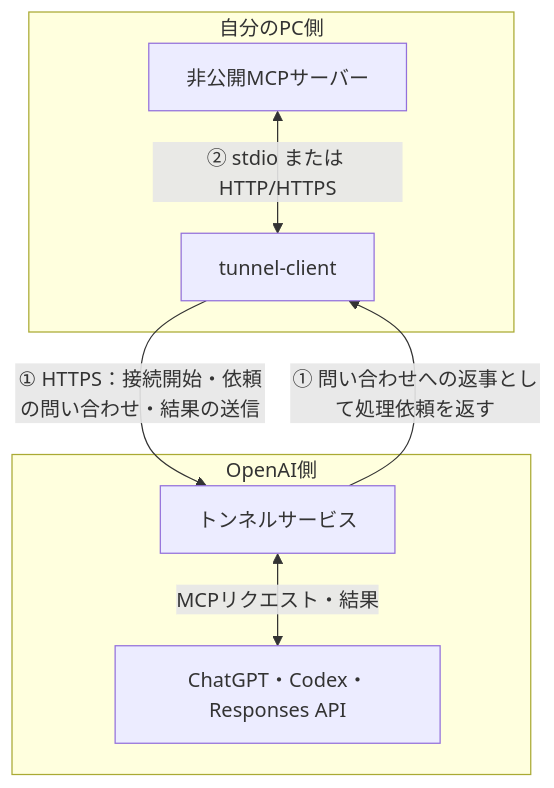
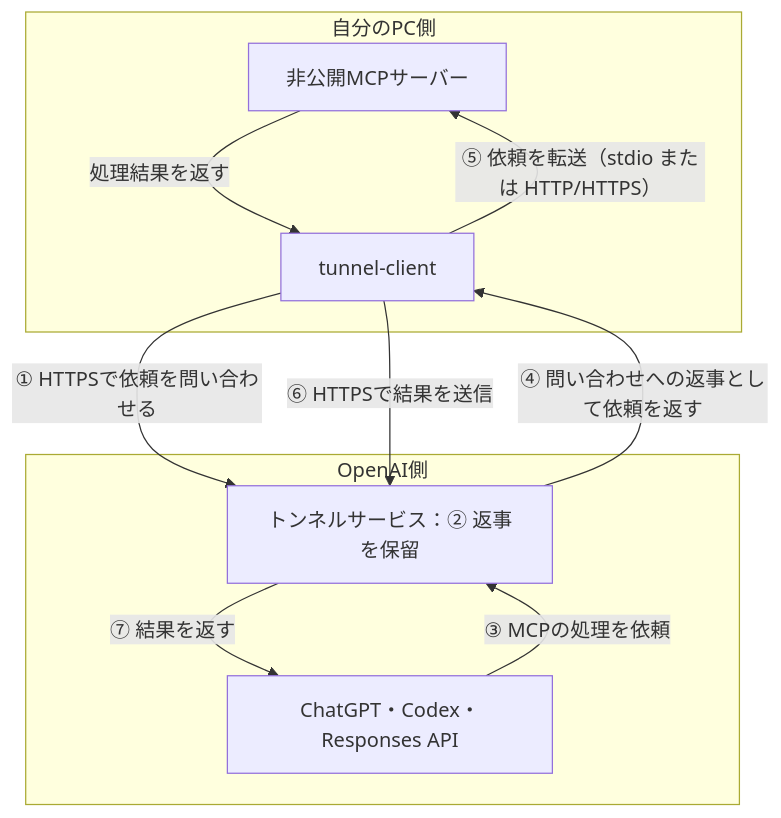
One commit to kkoch5t2/zenn-contents changed the first of 4 diagrams in articles/openai-secure-mcp-tunnel.md. Above: the diagram before and after it, drawn with Mermaid. The commit also changed other lines of this file, not shown here.

Commit message:
docs: align Figure 1 numbering with request sequence

````diff
--- a/articles/openai-secure-mcp-tunnel.md
+++ b/articles/openai-secure-mcp-tunnel.md
@@ -42,15 +42,18 @@
 ```mermaid
 flowchart TB
     subgraph PRIVATE["自分のPC側"]
         MCP["非公開MCPサーバー"]
         CLIENT["tunnel-client"]
-        MCP <-->|"② stdio または HTTP/HTTPS"| CLIENT
+        MCP -->|"処理結果を返す"| CLIENT
+        CLIENT -->|"⑤ 依頼を転送（stdio または HTTP/HTTPS）"| MCP
     end
     subgraph OPENAI["OpenAI側"]
-        SERVICE["トンネルサービス"]
+        SERVICE["トンネルサービス：② 返事を保留"]
         PRODUCT["ChatGPT・Codex・Responses API"]
-        SERVICE <-->|"MCPリクエスト・結果"| PRODUCT
+        SERVICE -->|"⑦ 結果を返す"| PRODUCT
+        PRODUCT -->|"③ MCPの処理を依頼"| SERVICE
     end
-    CLIENT -->|"① HTTPS：接続開始・依頼の問い合わせ・結果の送信"| SERVICE
-    SERVICE -->|"① 問い合わせへの返事として処理依頼を返す"| CLIENT
+    CLIENT -->|"① HTTPSで依頼を問い合わせる"| SERVICE
+    SERVICE -->|"④ 問い合わせへの返事として依頼を返す"| CLIENT
+    CLIENT -->|"⑥ HTTPSで結果を送信"| SERVICE
 ```
````
